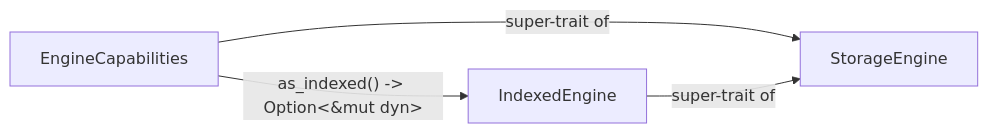
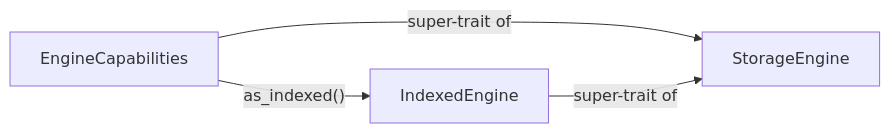
The second of 2 diagrams in docs/architecture.md (ren-yamanashi/rusty_mysql_handler), drawn with Mermaid before and after one commit. The commit also changed other lines of this file and 2 other files, not shown here.

Commit message:
docs: trim quick start and architecture prose

````diff
--- a/docs/architecture.md
+++ b/docs/architecture.md
@@ -51,9 +31,9 @@
 ```mermaid
 graph LR
   EC["EngineCapabilities"]
   SE["StorageEngine"]
   IE["IndexedEngine"]
   EC -- "super-trait of" --> SE
   IE -- "super-trait of" --> SE
-  EC -- "as_indexed() -> Option<&mut dyn>" --> IE
+  EC -- "as_indexed()" --> IE
 ```
````
